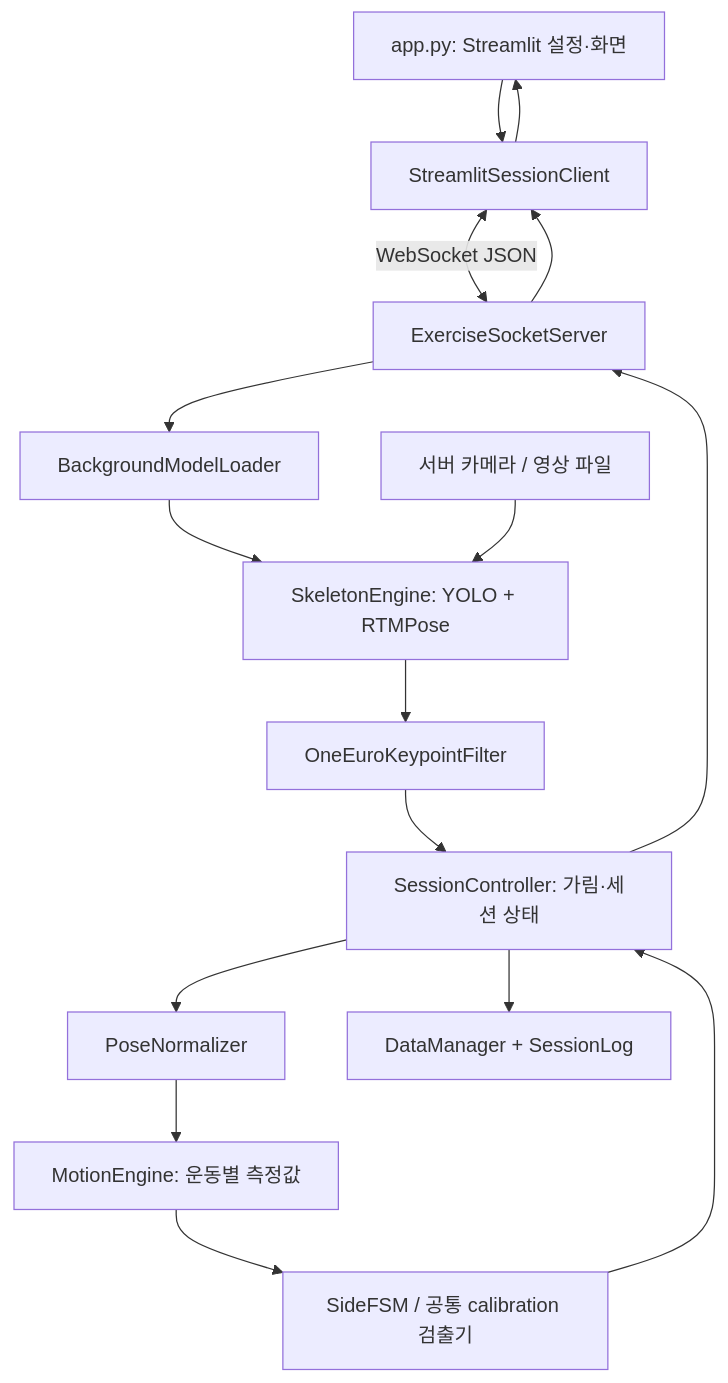
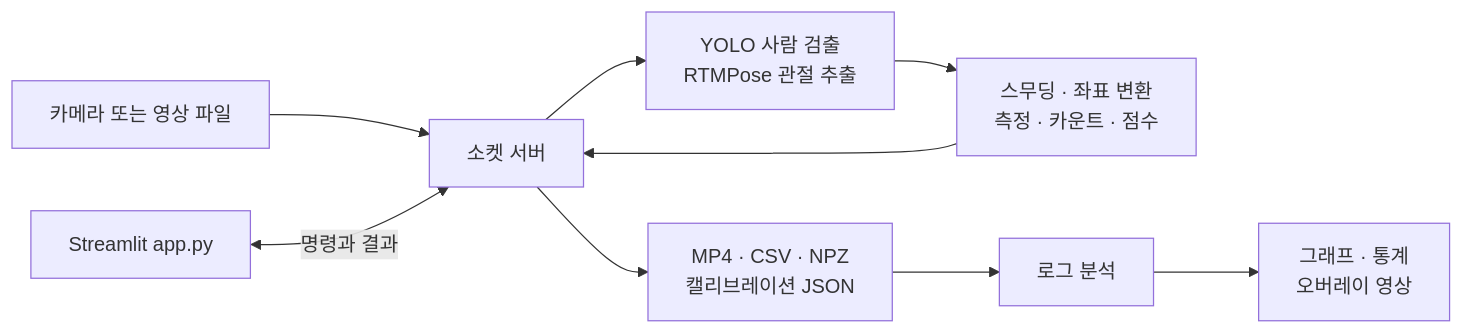
One commit to KJH121212/ASAN_01_real_time_YOLO changed the first of 3 diagrams in README.md. Above: the diagram before and after it, drawn with Mermaid. The commit also changed other lines of this file and 106 other files, not shown here.

````diff
--- a/README.md
+++ b/README.md
@@ -85,18 +28,11 @@
 ```mermaid
-flowchart TD
-    UI[app.py: Streamlit 설정·화면] --> Client[StreamlitSessionClient]
-    Client <-->|WebSocket JSON| Server[ExerciseSocketServer]
-    Server --> Loader[BackgroundModelLoader]
-    Loader --> Skeleton[SkeletonEngine: YOLO + RTMPose]
-    Input[서버 카메라 / 영상 파일] --> Skeleton
-    Skeleton --> Filter[OneEuroKeypointFilter]
-    Filter --> Controller[SessionController: 가림·세션 상태]
-    Controller --> Norm[PoseNormalizer]
-    Norm --> Motion[MotionEngine: 운동별 측정값]
-    Motion --> Counter[SideFSM / 공통 calibration 검출기]
-    Counter --> Controller
-    Controller --> Log[DataManager + SessionLog]
-    Controller --> Server
-    Server --> Client
-    Client --> UI
+flowchart LR
+    Input[카메라 또는 영상 파일] --> Server[소켓 서버]
+    Server --> AI[YOLO 사람 검출<br/>RTMPose 관절 추출]
+    AI --> Measurement[스무딩 · 좌표 변환<br/>측정 · 카운트 · 점수]
+    Measurement --> Server
+    App[Streamlit app.py] <-->|명령과 결과| Server
+    Server --> Files[MP4 · CSV · NPZ<br/>캘리브레이션 JSON]
+    Files --> Analysis[로그 분석]
+    Analysis --> Export[그래프 · 통계<br/>오버레이 영상]
 ```
````
